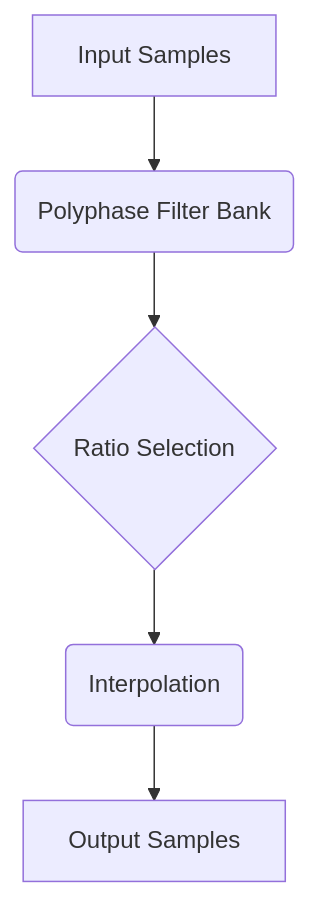
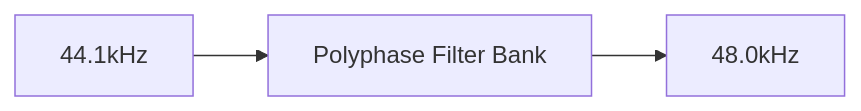
One commit to ParkWardRR/asrc-resampler-narechia changed the diagram in README.md. Above: the diagram before and after it, drawn with Mermaid. The commit also changed other lines of this file and 1 other file, not shown here.

Commit message:
docs: full roadmap and readme overhaul

````diff
--- a/README.md
+++ b/README.md
@@ -13,7 +14,6 @@
 ```mermaid
-graph TD;
-    A[Input Samples] --> B(Polyphase Filter Bank);
-    B --> C{Ratio Selection};
-    C --> D(Interpolation);
-    D --> E[Output Samples];
+graph LR;
+    A[44.1kHz] --> B[Polyphase Filter Bank];
+    B --> C[48.0kHz];
+
 ```
````
